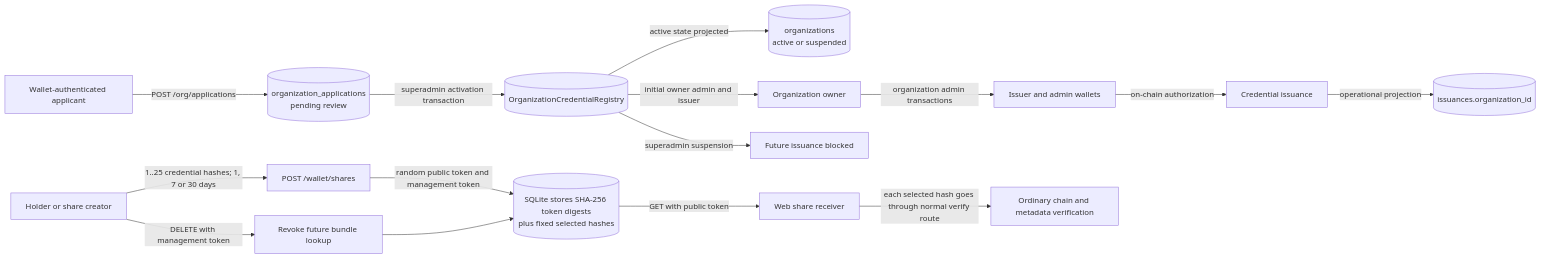
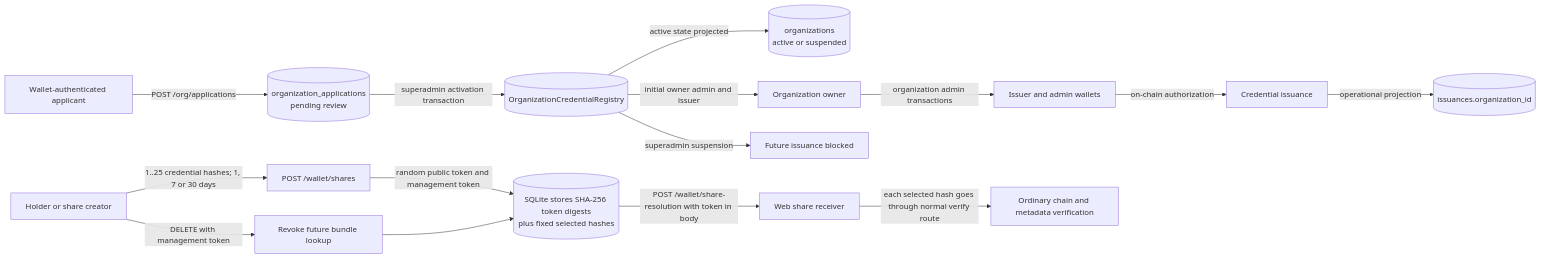
The seventh of 8 diagrams in docs/architecture/diagrams.md (vishnunathasuresh/credora), drawn with Mermaid before and after one commit. The commit also changed other lines of this file and 32 other files, not shown here.

````diff
--- a/docs/architecture/diagrams.md
+++ b/docs/architecture/diagrams.md
@@ -330,18 +330,18 @@
 ```mermaid
 flowchart LR
   Applicant[Wallet-authenticated applicant] -->|POST /org/applications| Pending[(organization_applications<br/>pending review)]
   Pending -->|superadmin activation transaction| Registry[(OrganizationCredentialRegistry)]
   Registry -->|active state projected| Org[(organizations<br/>active or suspended)]
   Registry -->|initial owner admin and issuer| Owner[Organization owner]
   Owner -->|organization admin transactions| Keys[Issuer and admin wallets]
   Keys -->|on-chain authorization| Issue[Credential issuance]
   Issue -->|operational projection| Issuance[(issuances.organization_id)]
   Registry -->|superadmin suspension| Suspended[Future issuance blocked]
 
   Holder[Holder or share creator] -->|1..25 credential hashes; 1, 7 or 30 days| Create[POST /wallet/shares]
   Create -->|random public token and management token| ShareDb[(SQLite stores SHA-256 token digests<br/>plus fixed selected hashes)]
-  ShareDb -->|GET with public token| Receiver[Web share receiver]
+  ShareDb -->|POST /wallet/share-resolution with token in body| Receiver[Web share receiver]
   Receiver -->|each selected hash goes through normal verify route| Verify[Ordinary chain and metadata verification]
   Holder -->|DELETE with management token| Revoke[Revoke future bundle lookup]
   Revoke --> ShareDb
 ```
````
